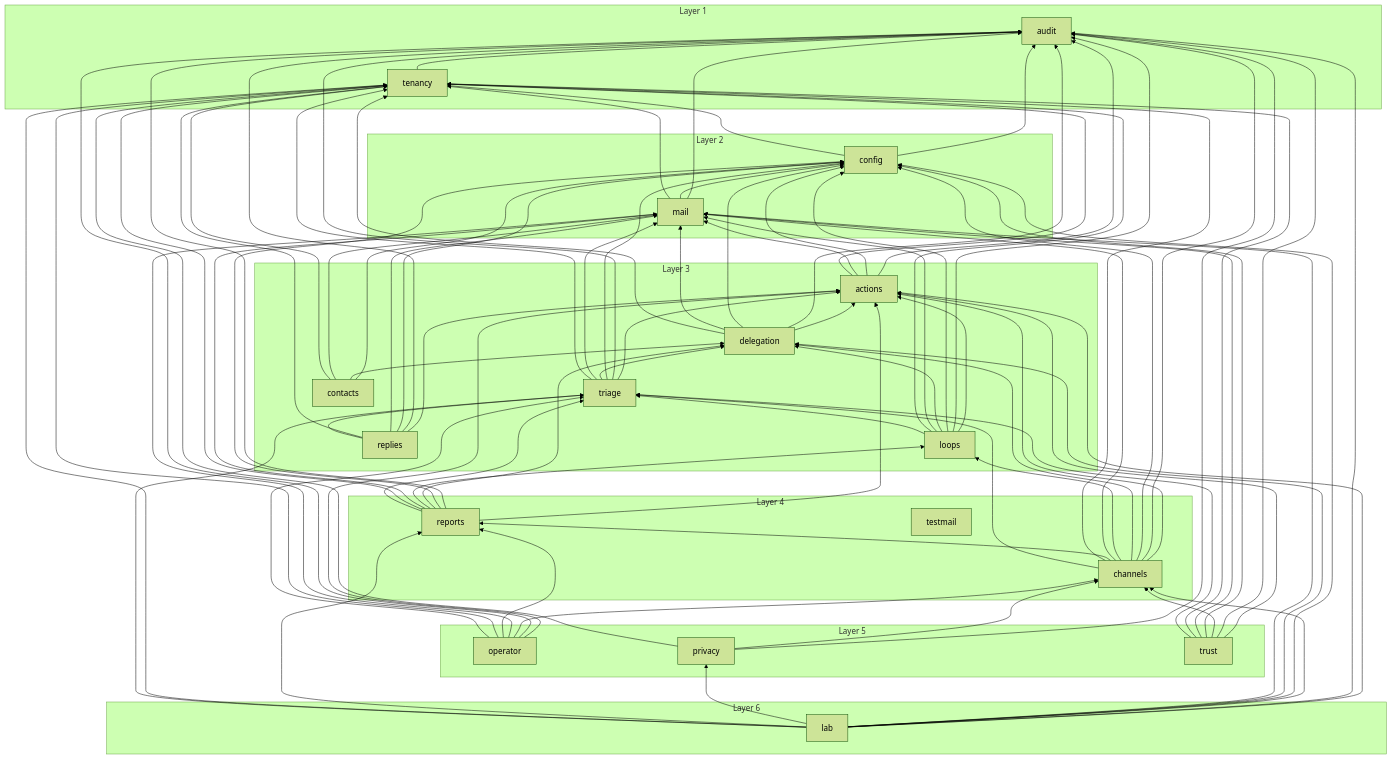
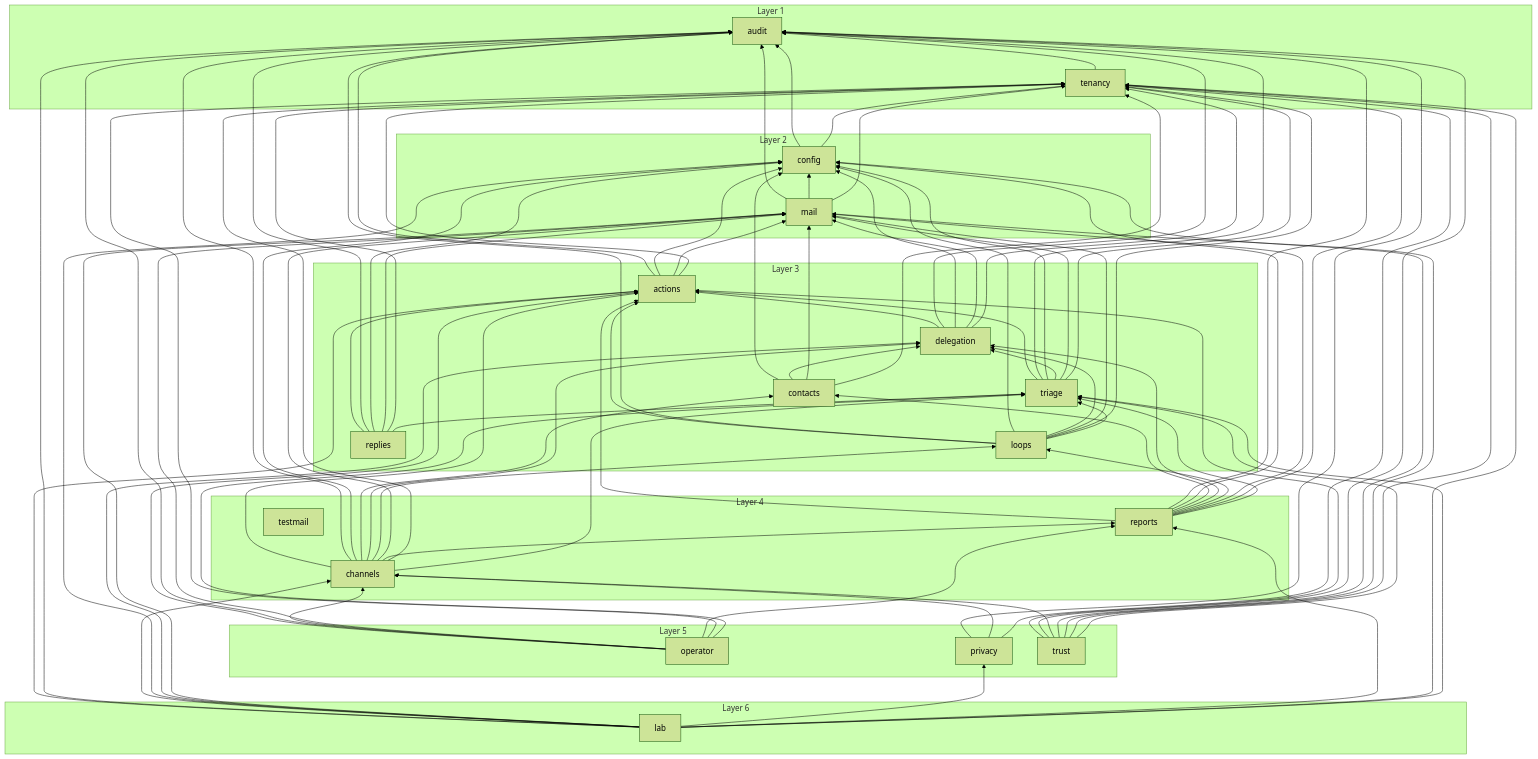
Before and after one commit to Artexs/email_assistant: the diagram in docs/diagrams/module-graph.md, drawn with Mermaid (forest theme). The commit also changed 23 other files, not shown here.

```diff
--- a/docs/diagrams/module-graph.md
+++ b/docs/diagrams/module-graph.md
@@ -42,6 +42,7 @@
   channels --> actions
   channels --> audit
   channels --> config
+  channels --> contacts
   channels --> delegation
   channels --> loops
   channels --> mail
@@ -98,6 +99,7 @@
   reports --> actions
   reports --> audit
   reports --> config
+  reports --> contacts
   reports --> delegation
   reports --> loops
   reports --> mail
```
